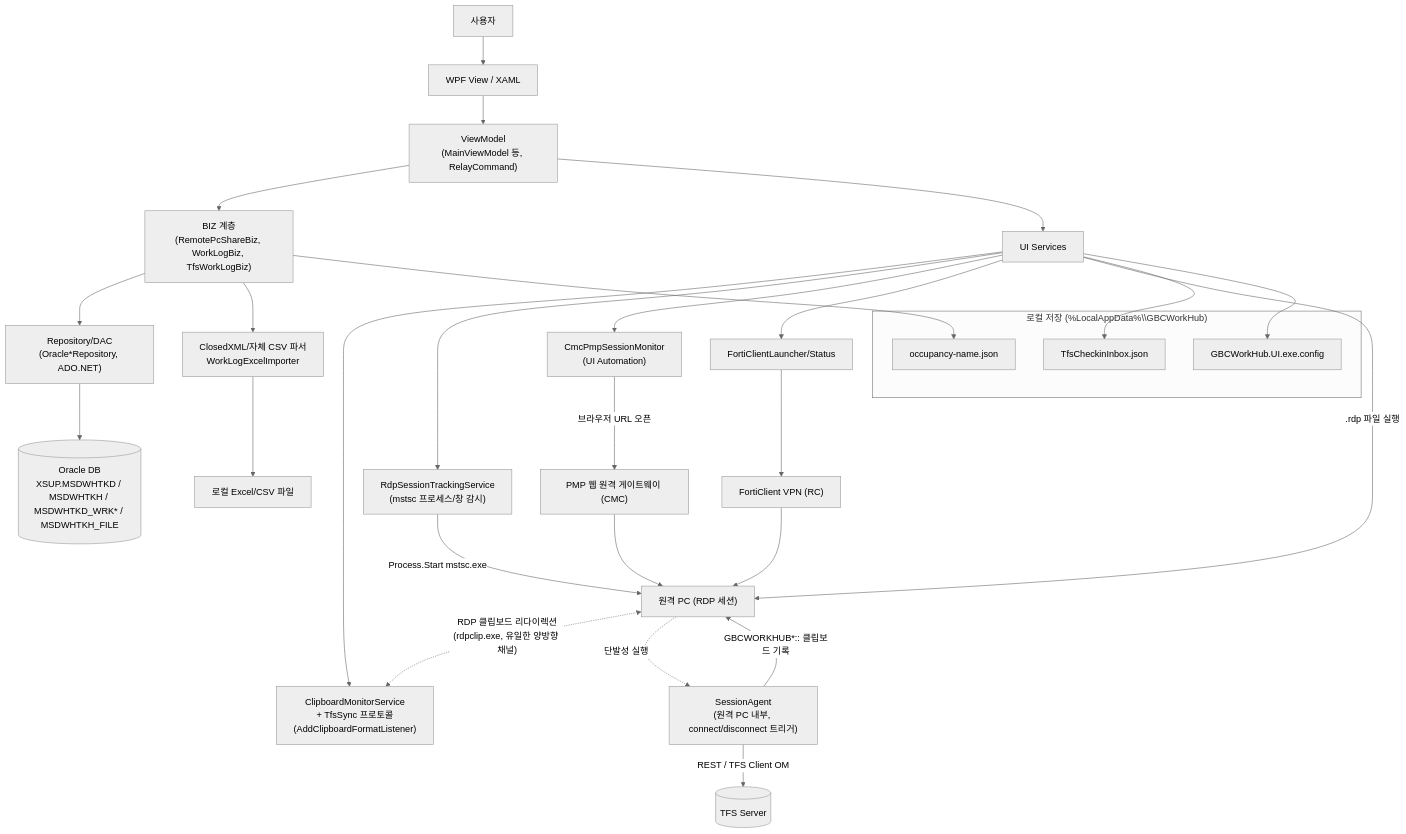
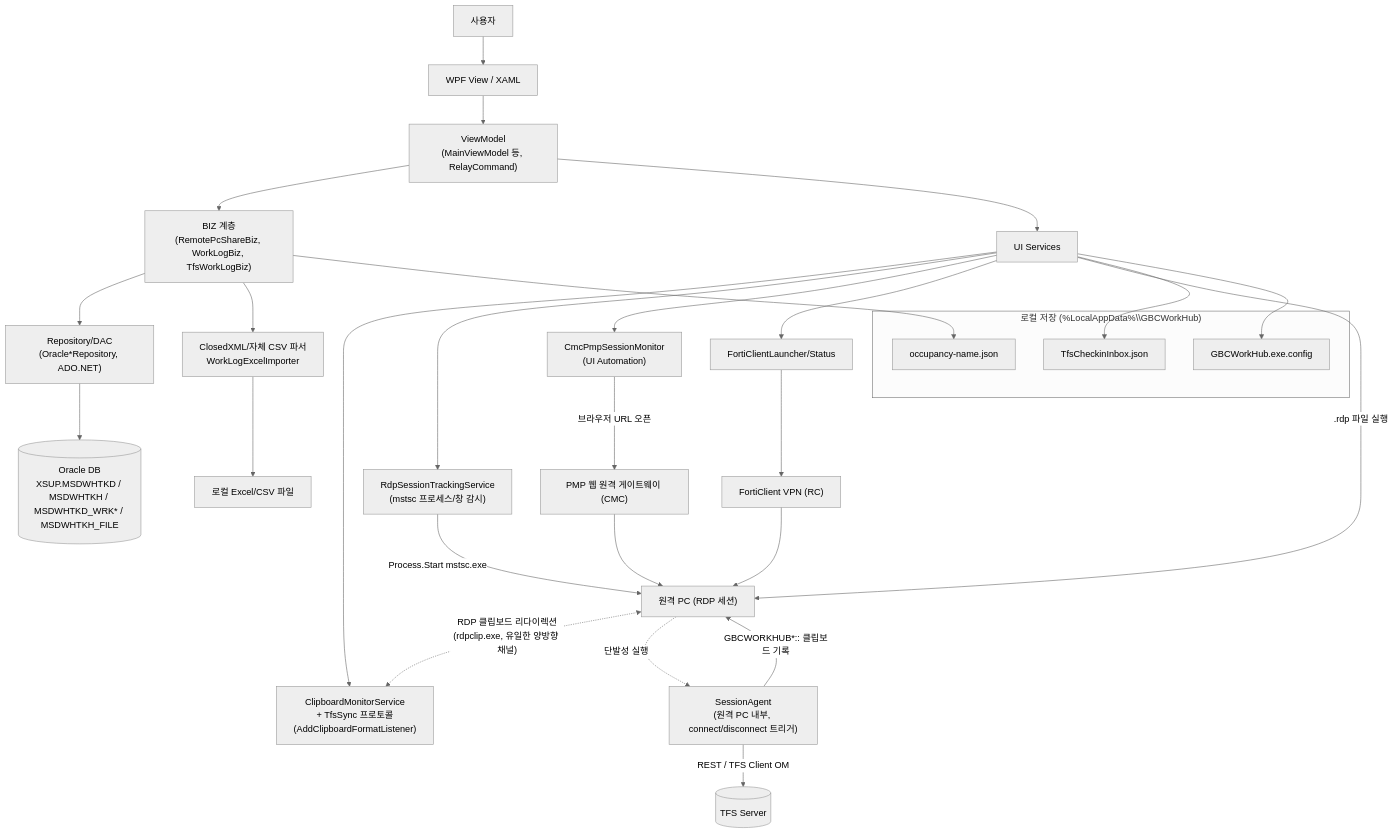
One commit to Shunamo/GBCWorkHub changed the first of 9 diagrams in docs/Architecture_Implementation_Report.md. Above: the diagram before and after it, drawn with Mermaid (neutral theme). The commit also changed other lines of this file and 11 other files, not shown here.

First line of the commit message:
Rename exe to GBCWorkHub.exe and add a placeholder app icon.

````diff
--- a/docs/Architecture_Implementation_Report.md
+++ b/docs/Architecture_Implementation_Report.md
@@ -185,37 +185,37 @@
 ```mermaid
 graph TD
     U[사용자] --> V[WPF View / XAML]
     V --> VM["ViewModel<br/>(MainViewModel 등, RelayCommand)"]
     VM --> BIZ["BIZ 계층<br/>(RemotePcShareBiz, WorkLogBiz, TfsWorkLogBiz)"]
     BIZ --> REPO["Repository/DAC<br/>(Oracle*Repository, ADO.NET)"]
     REPO --> ORA[("Oracle DB<br/>XSUP.MSDWHTKD / MSDWHTKH / MSDWHTKD_WRK* / MSDWHTKH_FILE")]
 
     VM --> SVC["UI Services"]
     SVC --> CLIP["ClipboardMonitorService<br/>+ TfsSync 프로토콜<br/>(AddClipboardFormatListener)"]
     SVC --> RDPS["RdpSessionTrackingService<br/>(mstsc 프로세스/창 감시)"]
     SVC --> CMCS["CmcPmpSessionMonitor<br/>(UI Automation)"]
     SVC --> FORTI["FortiClientLauncher/Status"]
 
     RDPS -->|"Process.Start mstsc.exe"| RDP["원격 PC (RDP 세션)"]
     SVC -->|".rdp 파일 실행"| RDP
     CMCS -->|"브라우저 URL 오픈"| PMP["PMP 웹 원격 게이트웨이 (CMC)"]
     PMP --> RDP
     FORTI --> VPN["FortiClient VPN (RC)"] --> RDP
 
     RDP <-.->|"RDP 클립보드 리다이렉션<br/>(rdpclip.exe, 유일한 양방향 채널)"| CLIP
     RDP -.->|"단발성 실행"| AGENT["SessionAgent<br/>(원격 PC 내부, connect/disconnect 트리거)"]
     AGENT -->|"REST / TFS Client OM"| TFS[(TFS Server)]
     AGENT -->|"GBCWORKHUB*:: 클립보드 기록"| RDP
 
     BIZ --> EXCEL["ClosedXML/자체 CSV 파서<br/>WorkLogExcelImporter"]
     EXCEL --> LOCALFILE["로컬 Excel/CSV 파일"]
 
     subgraph Local["로컬 저장 (%LocalAppData%\\GBCWorkHub)"]
       OCC["occupancy-name.json"]
       INBOX["TfsCheckinInbox.json"]
-      CFG["GBCWorkHub.UI.exe.config"]
+      CFG["GBCWorkHub.exe.config"]
     end
     BIZ --> OCC
     SVC --> INBOX
     SVC --> CFG
 ```
````
